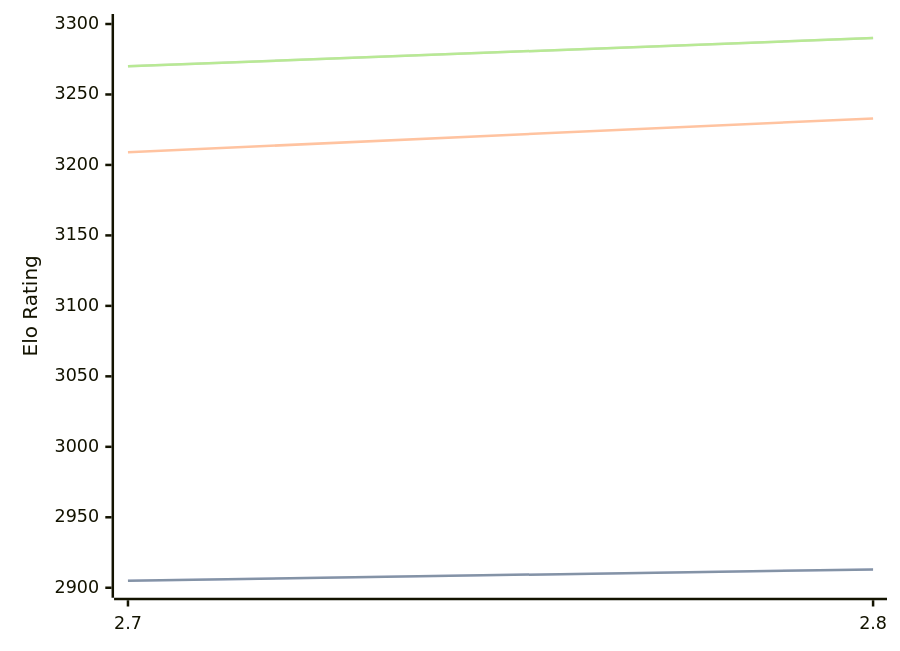
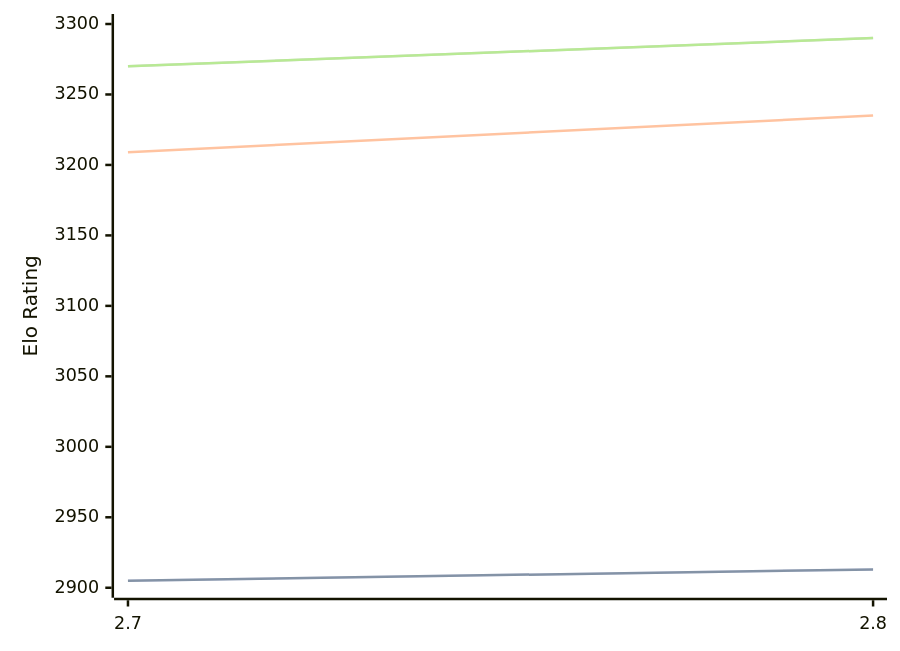
One commit to computer-chess-index/cci changed the diagram in engines/Arcanum.md. Above: the diagram before and after it, drawn with Mermaid. The commit also changed other lines of this file, not shown here.

````diff
--- a/engines/Arcanum.md
+++ b/engines/Arcanum.md
@@ -32,11 +32,11 @@
 ```mermaid
 %%{init: {"theme":"base","themeVariables":{"seriesColors:['#a3a3a3','#222221','#faa371']}}}%%
 xychart-beta
   x-axis ["2.7", "2.8"]
   y-axis "Elo Rating" 2900 --> 3300
   line "" [2905, 2913]
   line "STC (8.0+0.08s)" [2905, 2913]
-  line "LTC (60.0+0.60s)" [3209, 3233]
+  line "LTC (60.0+0.60s)" [3209, 3235]
   line "" [3270, 3290]
   line "VLTC (2m24s+1.12s)" [3270, 3290]
 ```
````
